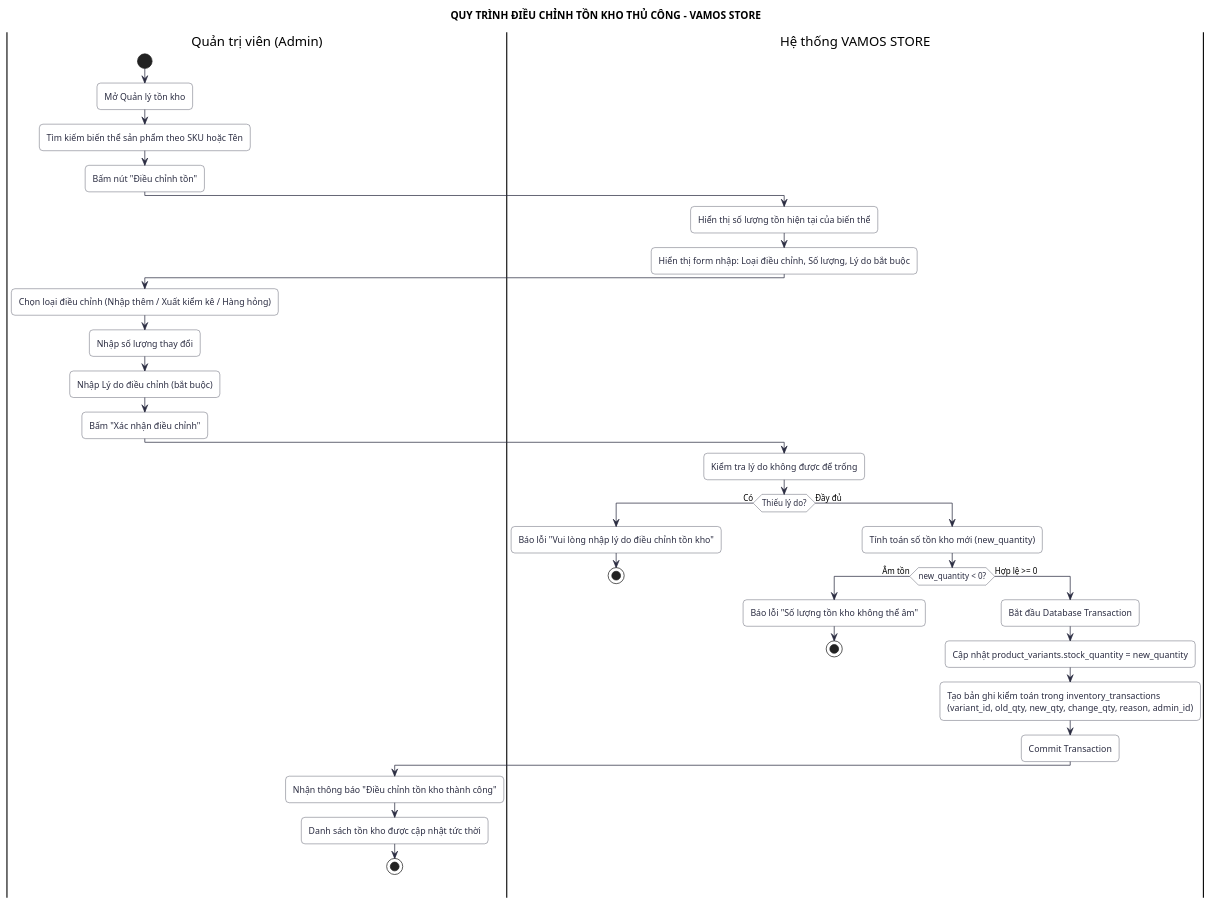
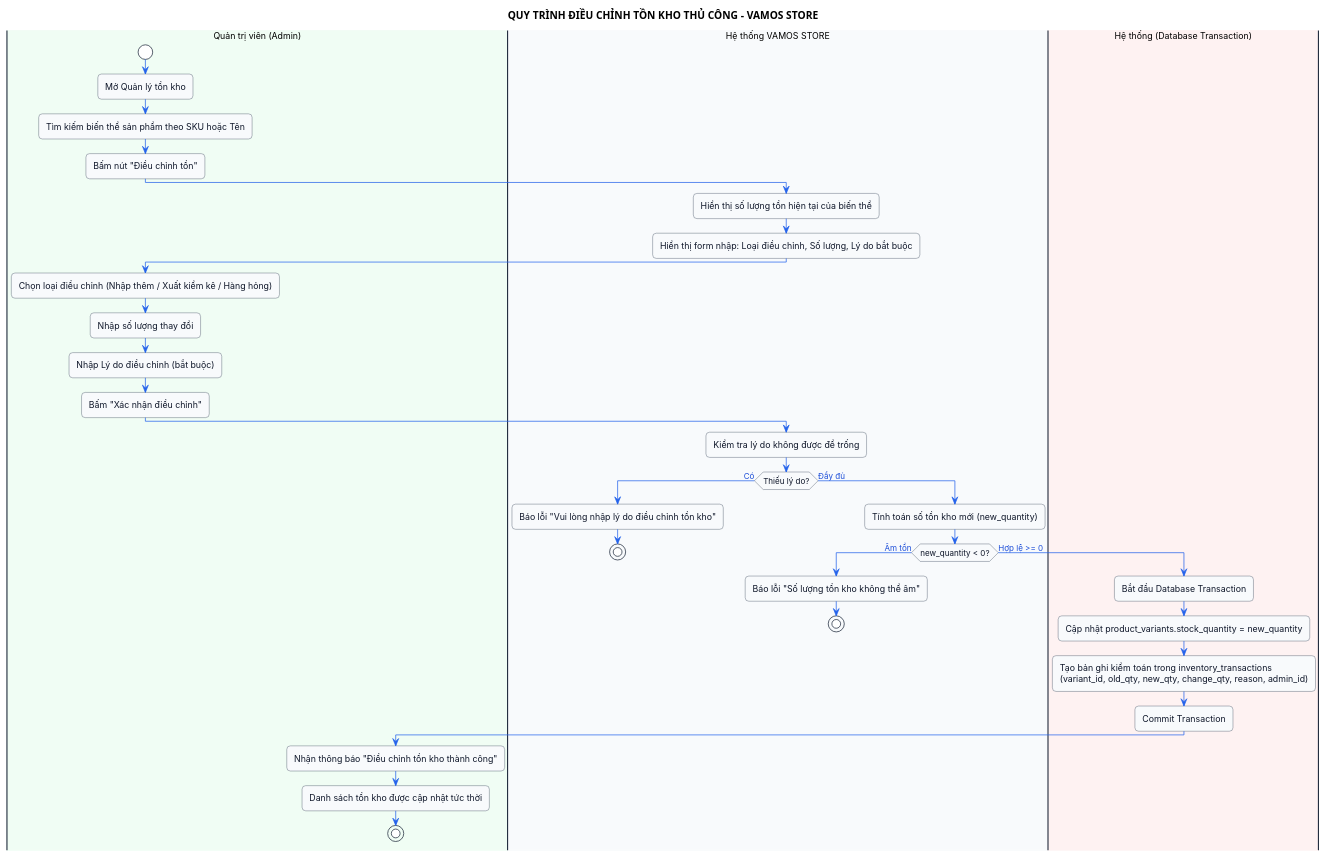
The diagram in labs/Lab 3 - Activity Diagram/ad-05-inventory-adjustment.puml (dungtttd01702-coder/vamos-store), drawn with PlantUML before and after one commit. The commit also changed 35 other files, not shown here.

Commit message:
feat(diagrams): modernize ERD, Use Case, and Activity diagrams with executive color palette, update print reports, and rebuild lab archives

```diff
--- a/labs/Lab 3 - Activity Diagram/ad-05-inventory-adjustment.puml
+++ b/labs/Lab 3 - Activity Diagram/ad-05-inventory-adjustment.puml
@@ -1,47 +1,73 @@
 @startuml ad-05-inventory-adjustment
 title QUY TRÌNH ĐIỀU CHỈNH TỒN KHO THỦ CÔNG - VAMOS STORE
-skinparam backgroundColor #FFFFFF
-skinparam shadowing false
-skinparam roundcorner 10
-skinparam ActivityBackgroundColor #FFFFFF
-skinparam ActivityBorderColor #2B2D42
-skinparam ActivityFontColor #2B2D42
-skinparam ArrowColor #2B2D42
 
-|Quản trị viên (Admin)|
+<style>
+  activityDiagram {
+    BackgroundColor #FFFFFF
+    LineColor #1E293B
+    FontName "Segoe UI", "Inter", Arial, Sans-Serif
+    FontSize 12
+    RoundCorner 10
+    Diamond {
+      BackgroundColor #FEF3C7
+      LineColor #D97706
+      FontColor #92400E
+      FontSize 11
+    }
+    activity {
+      BackgroundColor #F8FAFC
+      LineColor #334155
+      FontColor #0F172A
+    }
+    arrow {
+      LineColor #2563EB
+      FontColor #1D4ED8
+      FontSize 11
+    }
+    partition {
+      BackgroundColor #F1F5F9
+      LineColor #94A3B8
+      FontColor #0F172A
+      RoundCorner 8
+    }
+  }
+</style>
+
+|#F0FDF4|Quản trị viên (Admin)|
 start
 :Mở Quản lý tồn kho;
 :Tìm kiếm biến thể sản phẩm theo SKU hoặc Tên;
 :Bấm nút "Điều chỉnh tồn";
-|Hệ thống VAMOS STORE|
+|#F8FAFC|Hệ thống VAMOS STORE|
 :Hiển thị số lượng tồn hiện tại của biến thể;
 :Hiển thị form nhập: Loại điều chỉnh, Số lượng, Lý do bắt buộc;
 
-|Quản trị viên (Admin)|
+|#F0FDF4|Quản trị viên (Admin)|
 :Chọn loại điều chỉnh (Nhập thêm / Xuất kiểm kê / Hàng hỏng);
 :Nhập số lượng thay đổi;
 :Nhập Lý do điều chỉnh (bắt buộc);
 :Bấm "Xác nhận điều chỉnh";
 
-|Hệ thống VAMOS STORE|
+|#F8FAFC|Hệ thống VAMOS STORE|
 :Kiểm tra lý do không được để trống;
 if (Thiếu lý do?) then (Có)
     :Báo lỗi "Vui lòng nhập lý do điều chỉnh tồn kho";
     stop
 else (Đầy đủ)
     :Tính toán số tồn kho mới (new_quantity);
     if (new_quantity < 0?) then (Âm tồn)
         :Báo lỗi "Số lượng tồn kho không thể âm";
         stop
     else (Hợp lệ >= 0)
+        |#FEF2F2|Hệ thống (Database Transaction)|
         :Bắt đầu Database Transaction;
         :Cập nhật product_variants.stock_quantity = new_quantity;
         :Tạo bản ghi kiểm toán trong inventory_transactions\n(variant_id, old_qty, new_qty, change_qty, reason, admin_id);
         :Commit Transaction;
-        |Quản trị viên (Admin)|
+        |#F0FDF4|Quản trị viên (Admin)|
         :Nhận thông báo "Điều chỉnh tồn kho thành công";
         :Danh sách tồn kho được cập nhật tức thời;
         stop
     endif
 endif
 @enduml
```
